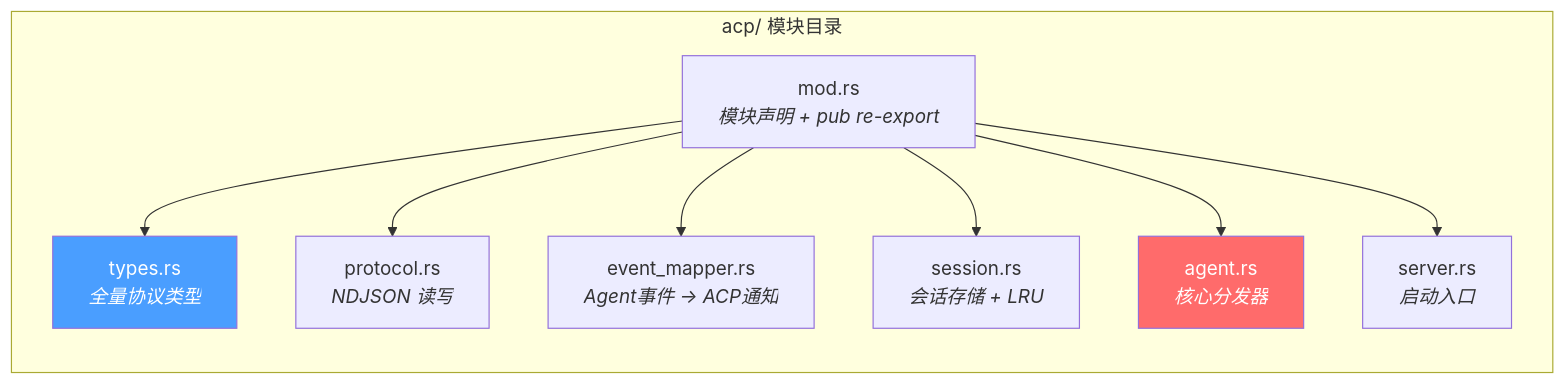
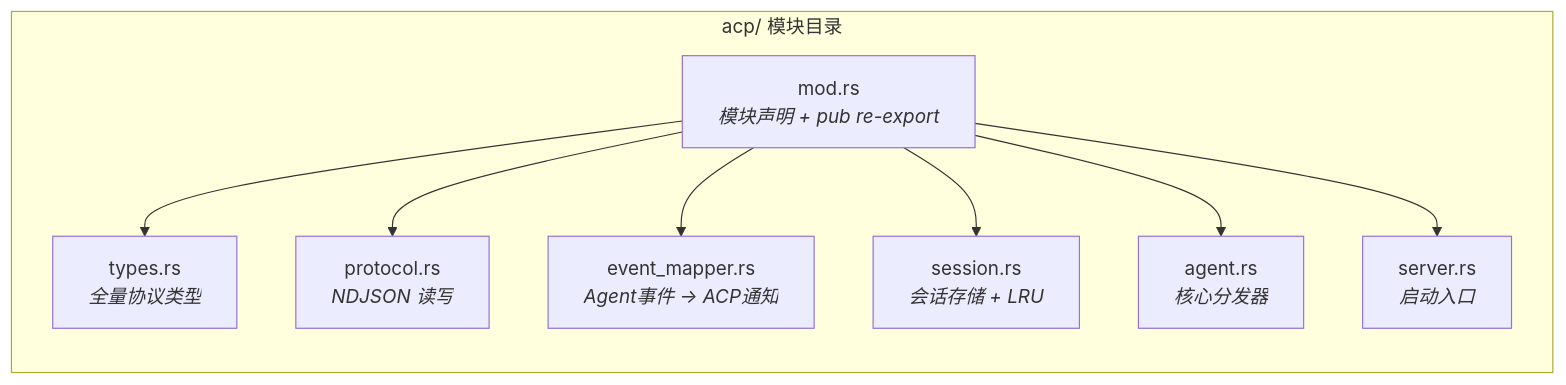
The third of 11 diagrams in docs/architecture/acp.md (shiwenwen/hope-agent), drawn with Mermaid before and after one commit. The commit also changed other lines of this file and 13 other files, not shown here.

First line of the commit message:
docs: 移除 mermaid 图表中的自定义背景色填充

````diff
--- a/docs/architecture/acp.md
+++ b/docs/architecture/acp.md
@@ -168,22 +164,20 @@
 ```mermaid
 graph LR
     subgraph "acp/ 模块目录"
         MOD["mod.rs<br/><i>模块声明 + pub re-export</i>"]
         TYPES["types.rs<br/><i>全量协议类型</i>"]
         PROTO["protocol.rs<br/><i>NDJSON 读写</i>"]
         MAPPER["event_mapper.rs<br/><i>Agent事件 → ACP通知</i>"]
         SESSION["session.rs<br/><i>会话存储 + LRU</i>"]
         AGENT["agent.rs<br/><i>核心分发器</i>"]
         SERVER["server.rs<br/><i>启动入口</i>"]
     end
 
     MOD --> TYPES
     MOD --> PROTO
     MOD --> MAPPER
     MOD --> SESSION
     MOD --> AGENT
     MOD --> SERVER
 
-    style AGENT fill:#ff6b6b,color:#fff
-    style TYPES fill:#4a9eff,color:#fff
 ```
````
